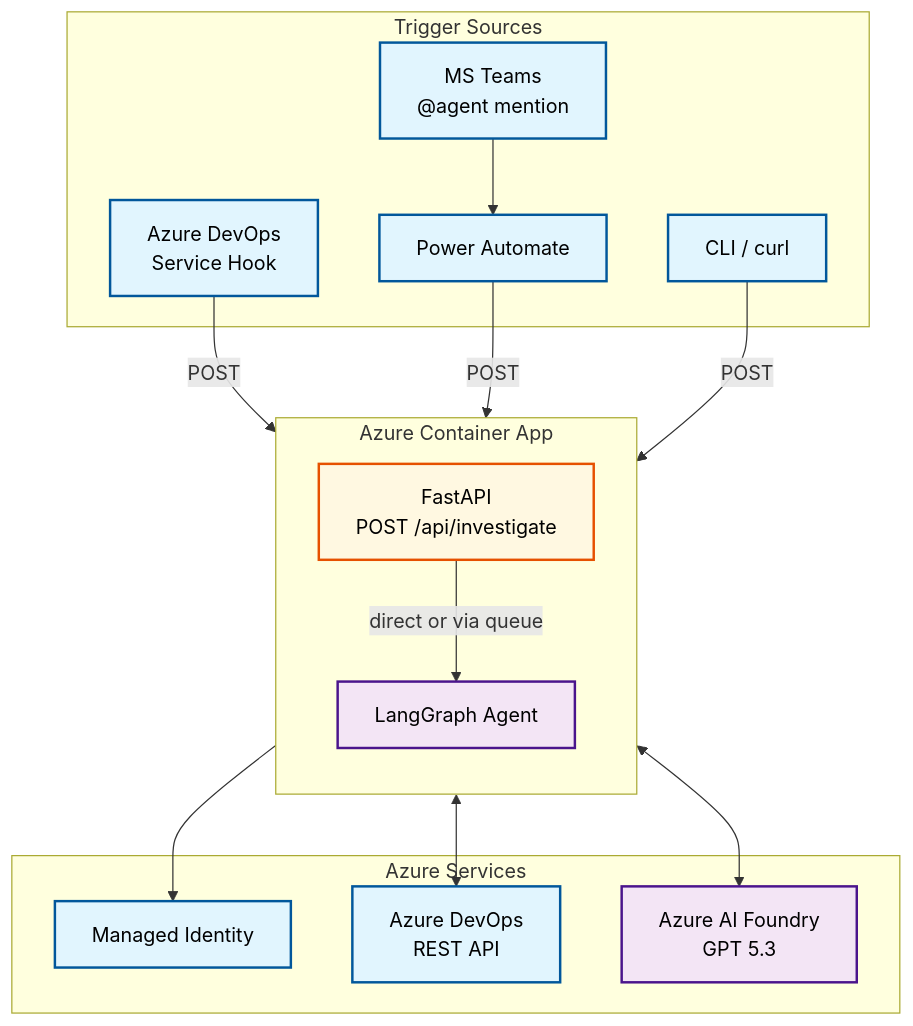
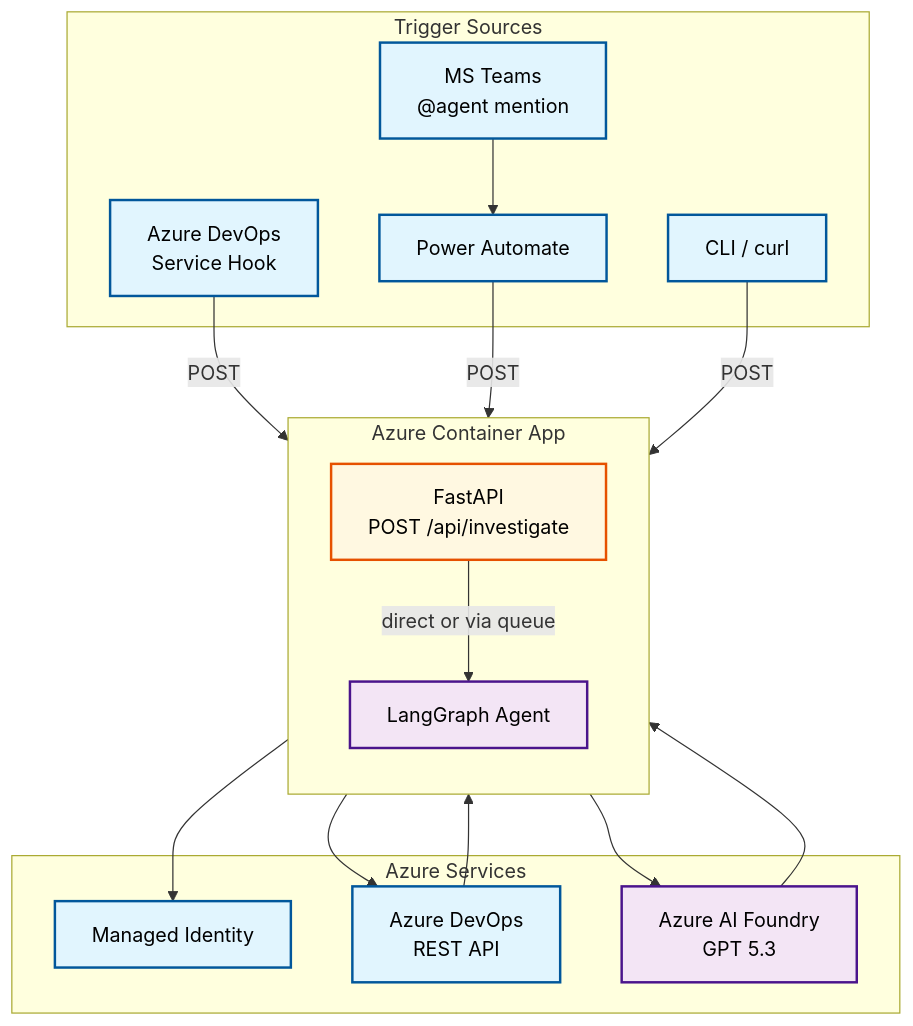
One commit to victorvos/devops_agent changed the second of 8 diagrams in README.md. Above: the diagram before and after it, drawn with Mermaid. The commit also changed other lines of this file and 37 other files, not shown here.

First line of the commit message:
Add enterprise LangGraph orchestrator and fix Mermaid for GitHub (#1)

````diff
--- a/README.md
+++ b/README.md
@@ -63,41 +133,43 @@
 ```mermaid
 flowchart TB
     subgraph triggers["Trigger Sources"]
-        T1["Azure DevOps\nService Hook"]
-        T2["MS Teams\n@agent mention"]
+        T1["Azure DevOps<br/>Service Hook"]
+        T2["MS Teams<br/>@agent mention"]
         T3["CLI / curl"]
         T4["Power Automate"]
     end
 
     subgraph containerApp["Azure Container App"]
         direction TB
-        API["FastAPI\nPOST /api/investigate"]
+        API["FastAPI<br/>POST /api/investigate"]
         Agent["LangGraph Agent"]
         API -->|"direct or via queue"| Agent
     end
 
     subgraph azure["Azure Services"]
         MI["Managed Identity"]
-        ADO["Azure DevOps\nREST API"]
-        LLM["Azure AI Foundry\nGPT 5.3"]
+        ADO["Azure DevOps<br/>REST API"]
+        LLM["Azure AI Foundry<br/>GPT 5.3"]
     end
 
     T1 -->|"POST"| API
     T4 -->|"POST"| API
     T2 --> T4
     T3 -->|"POST"| API
-    Agent <--> ADO
-    Agent <--> LLM
+    Agent --> ADO
+    ADO --> Agent
+    Agent --> LLM
+    LLM --> Agent
     containerApp --> MI
 
     %% Styling
     style T1 fill:#e1f5fe,stroke:#01579b,stroke-width:2px,color:#000000
     style T2 fill:#e1f5fe,stroke:#01579b,stroke-width:2px,color:#000000
     style T3 fill:#e1f5fe,stroke:#01579b,stroke-width:2px,color:#000000
     style T4 fill:#e1f5fe,stroke:#01579b,stroke-width:2px,color:#000000
     style API fill:#fff8e1,stroke:#e65100,stroke-width:2px,color:#000000
     style Agent fill:#f3e5f5,stroke:#4a148c,stroke-width:2px,color:#000000
     style MI fill:#e1f5fe,stroke:#01579b,stroke-width:2px,color:#000000
     style ADO fill:#e1f5fe,stroke:#01579b,stroke-width:2px,color:#000000
     style LLM fill:#f3e5f5,stroke:#4a148c,stroke-width:2px,color:#000000
 ```
````
